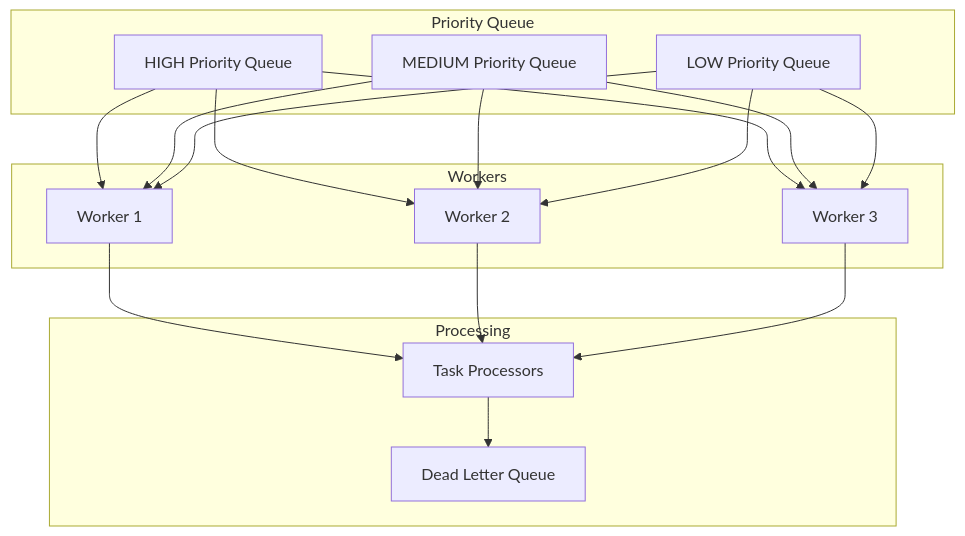
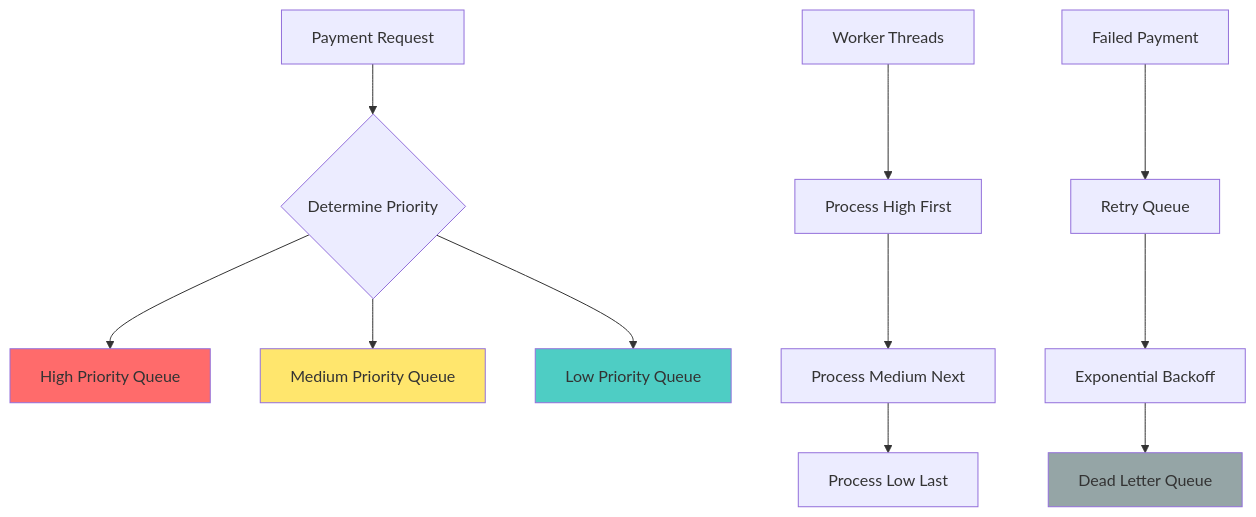
One commit to mythxn/dojo.py changed the first of 2 diagrams in payment_queue.md. Above: the diagram before and after it, drawn with Mermaid. The commit also changed other lines of this file and 15 other files, not shown here.

````diff
--- a/payment_queue.md
+++ b/payment_queue.md
@@ -29,34 +19,20 @@
 ```mermaid
-flowchart TD
-    subgraph "Priority Queue"
-        H[HIGH Priority Queue]
-        M[MEDIUM Priority Queue]  
-        L[LOW Priority Queue]
-    end
+graph TD
+    A[Payment Request] --> B{Determine Priority}
+    B --> C[High Priority Queue]
+    B --> D[Medium Priority Queue]  
+    B --> E[Low Priority Queue]
     
-    subgraph "Workers"
-        W1[Worker 1]
-        W2[Worker 2]
-        W3[Worker 3]
-    end
+    F[Worker Threads] --> G[Process High First]
+    G --> H[Process Medium Next]
+    H --> I[Process Low Last]
     
-    subgraph "Processing"
-        P[Task Processors]
-        DLQ[Dead Letter Queue]
-    end
+    J[Failed Payment] --> K[Retry Queue]
+    K --> L[Exponential Backoff]
+    L --> M[Dead Letter Queue]
     
-    H --> W1
-    H --> W2
-    H --> W3
-    M --> W1
-    M --> W2
-    M --> W3
-    L --> W1
-    L --> W2
-    L --> W3
-    
-    W1 --> P
-    W2 --> P
-    W3 --> P
-    P --> DLQ
+    style C fill:#FF6B6B
+    style D fill:#FFE66D
+    style E fill:#4ECDC4
+    style M fill:#95A5A6
 ```
````
